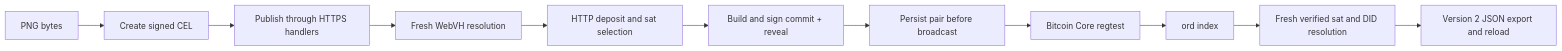
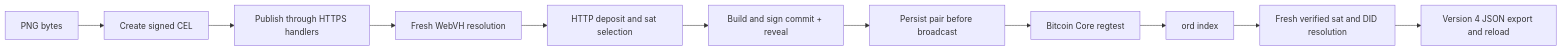
The diagram in docs/regtest/README.md (onionoriginals/sdk), drawn with Mermaid before and after one commit. The commit also changed other lines of this file and 94 other files, not shown here.

````diff
--- a/docs/regtest/README.md
+++ b/docs/regtest/README.md
@@ -45,13 +47,13 @@
 ```mermaid
 flowchart LR
   P[PNG bytes] --> C[Create signed CEL]
   C --> W[Publish through HTTPS handlers]
   W --> D[Fresh WebVH resolution]
   D --> F[HTTP deposit and sat selection]
   F --> S[Build and sign commit + reveal]
   S --> R[Persist pair before broadcast]
   R --> B[Bitcoin Core regtest]
   B --> O[ord index]
   O --> V[Fresh verified sat and DID resolution]
-  V --> J[Version 2 JSON export and reload]
+  V --> J[Version 4 JSON export and reload]
 ```
````
